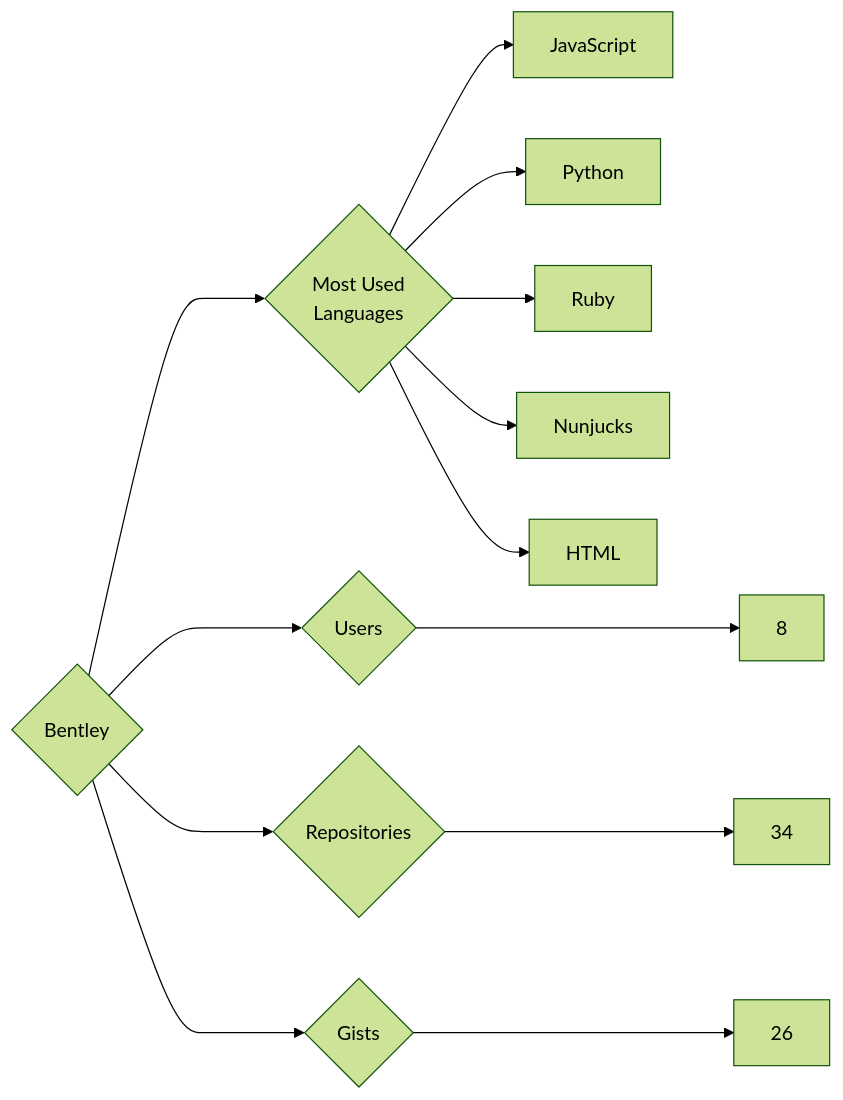
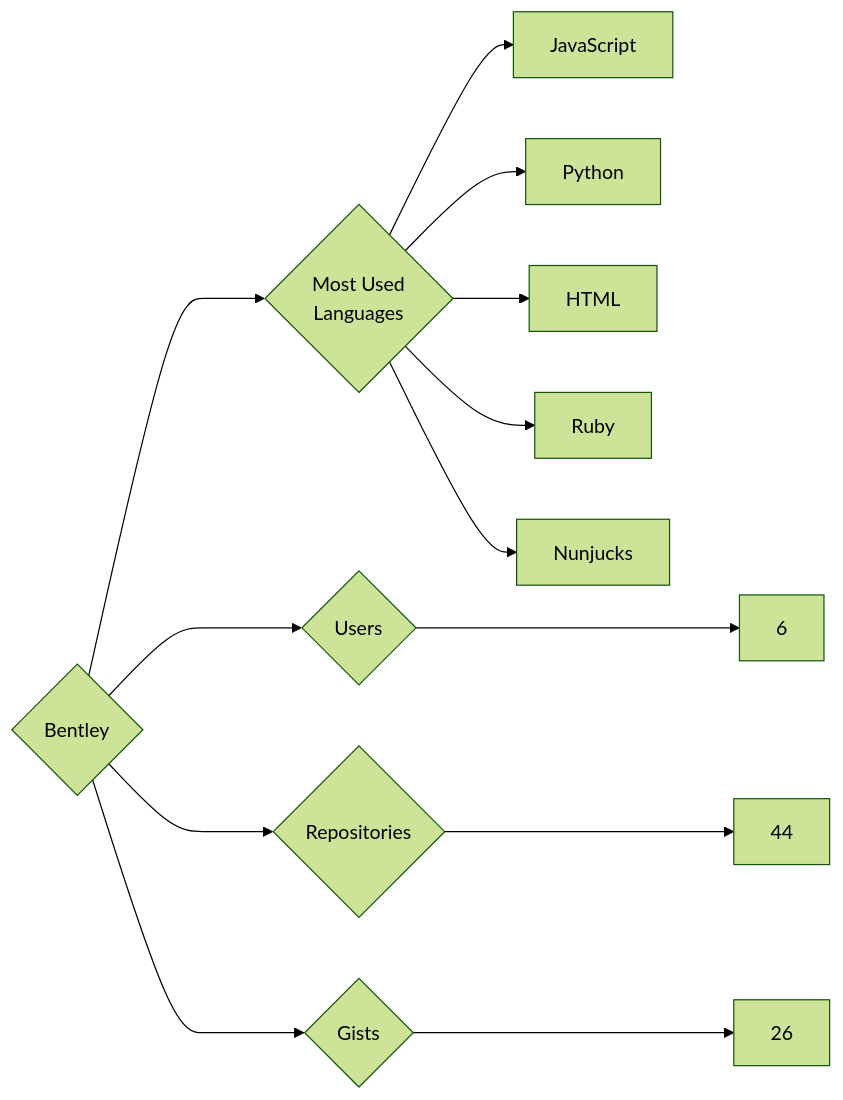
Before and after one commit to trickest/insiders: the diagram in targets/Bentley/README.md, drawn with Mermaid (forest theme). The commit also changed 783 other files, not shown here.

````diff
--- a/targets/Bentley/README.md
+++ b/targets/Bentley/README.md
@@ -3,13 +3,13 @@
 ```mermaid
 graph LR
 COMPANY_NAME{Bentley}
-COMPANY_NAME ---> U{Users} ---> UN[8]
-COMPANY_NAME ---> R{Repositories} ---> RN[34]
+COMPANY_NAME ---> U{Users} ---> UN[6]
+COMPANY_NAME ---> R{Repositories} ---> RN[44]
 COMPANY_NAME ---> G{Gists} ---> GN[26]
 COMPANY_NAME ---> ML{Most Used<br>Languages}
 ML --> JavaScript[JavaScript]
 ML --> Python[Python]
+ML --> HTML[HTML]
 ML --> Ruby[Ruby]
 ML --> Nunjucks[Nunjucks]
-ML --> HTML[HTML]
 ```
````
